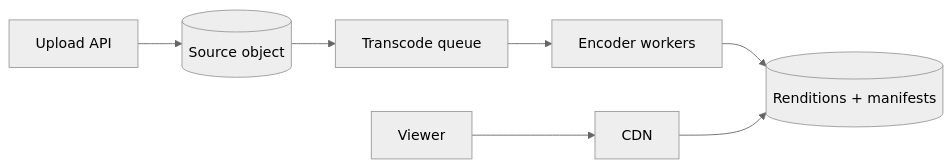
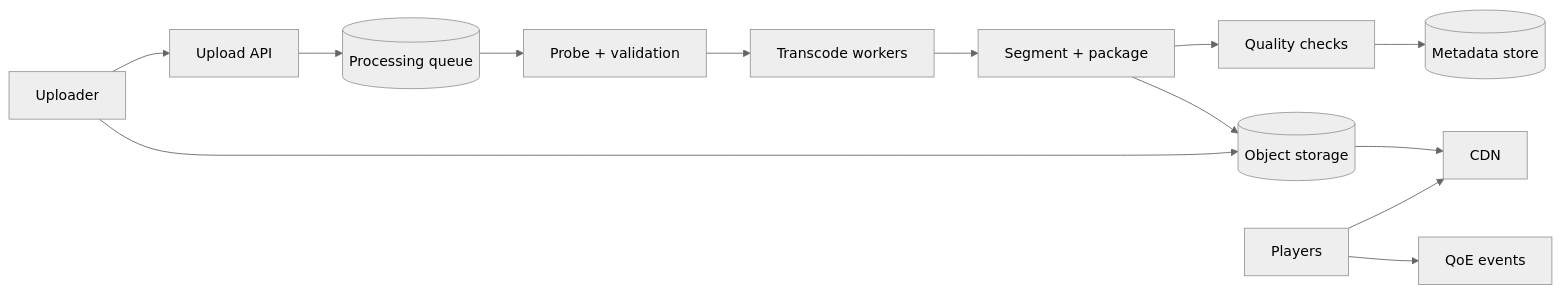
The diagram in src/content/blog/system-design/video-streaming.md (yangzichao/www), drawn with Mermaid (neutral theme) before and after one commit. The commit also changed other lines of this file and 9 other files, not shown here.

````diff
--- a/src/content/blog/system-design/video-streaming.md
+++ b/src/content/blog/system-design/video-streaming.md
@@ -79,9 +183,15 @@
 ```mermaid
 flowchart LR
-  U[Upload API] --> S[(Source object)]
-  S --> Q[Transcode queue]
-  Q --> W[Encoder workers]
-  W --> R[(Renditions + manifests)]
-  V[Viewer] --> C[CDN]
-  C --> R
+  U[Uploader] --> UP[Upload API]
+  U --> O[(Object storage)]
+  UP --> Q[(Processing queue)]
+  Q --> V[Probe + validation]
+  V --> T[Transcode workers]
+  T --> S[Segment + package]
+  S --> QA[Quality checks]
+  QA --> M[(Metadata store)]
+  S --> O
+  O --> CDN[CDN]
+  P[Players] --> CDN
+  P --> E[QoE events]
 ```
````
